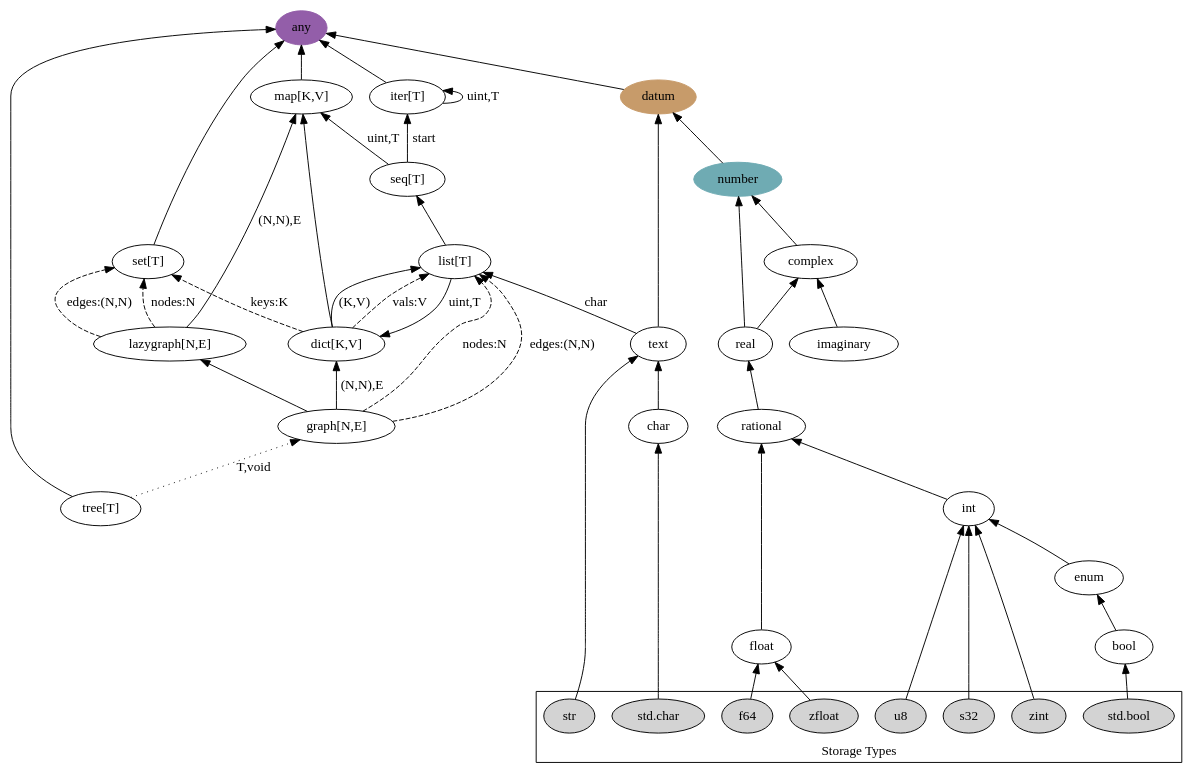
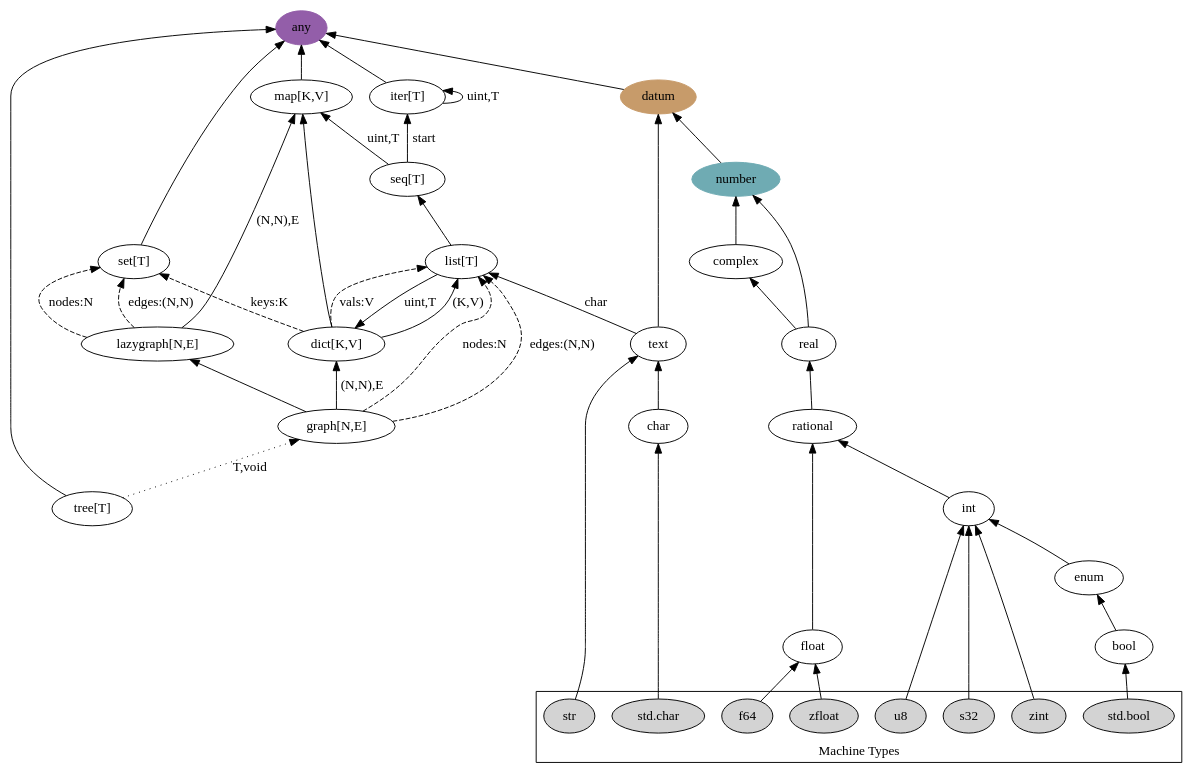
One commit to gcrois/gcrois.github.io changed the diagram in files/src/K0001/types_all.dot. Above: the diagram before and after it, drawn with Graphviz. The commit also changed 12 other files, not shown here.

```diff
--- a/files/src/K0001/types_all.dot
+++ b/files/src/K0001/types_all.dot
@@ -1,107 +1,105 @@
 digraph {
     #layout="fdp";
     rankdir="BT";
     #concentrate=true;
 
     ## NODES ##
 
     any [color="#935EA9",style="filled"];
     set [label="set[T]"];
     map [label="map[K,V]"];
     iter [label="iter[T]"];
     seq [label="seq[T]"];
     list [label="list[T]"];
     dict [label="dict[K,V]"];
     lazygraph [label="lazygraph[N,E]"];
     graph_ [label="graph[N,E]"];
     tree [label="tree[T]"];
 
     datum [color="#C79B6A", style="filled"];
     number [color="#6FABB3", style="filled"];
 
 
     ## EDGES ##
 
     set -> any;
 
     map -> any;
 
     iter -> any;
     iter -> iter [label="uint,T"];
 
     seq -> map [label="uint,T"];
     seq -> iter [label="start"];
 
     list -> seq;
     list -> dict [label="uint,T"];
 
     dict -> map;
     dict -> list [label="(K,V)"];
     dict -> list [style="dashed",label="vals:V"];
     dict -> set [style="dashed",label="keys:K"];
 
     lazygraph -> map [label="(N,N),E"];
     lazygraph -> set [style="dashed",label="nodes:N"];
     lazygraph -> set [style="dashed",label="edges:(N,N)"];
 
     graph_ -> lazygraph;
     graph_ -> dict [label="(N,N),E"];
     graph_ -> list [style="dashed",label="nodes:N"];
     graph_ -> list [style="dashed",label="edges:(N,N)"];
 
     tree -> any;
     tree -> graph_ [style="dotted",label="T,void"];
     #tree -> iter [style="dashed",label="dfs\nbfs"];
 
 
     datum -> any;
 
     number -> datum;
 
     complex -> number;
 
     real -> complex, number;
 
-    imaginary -> complex;
-
     rational -> real;
 
     int -> rational;
 
     float -> rational;
 
     enum -> int;
 
     bool -> enum;
 
     text -> datum;
     text -> list [label="char"];
     
     char -> text;
     
 
     ## TYPES
 
     subgraph cluster_1 {
-        label="Storage Types";
+        label="Machine Types";
 
         f64, zfloat [style="filled"];
         _char [label="std.char", style="filled"];
         _bool [label="std.bool", style="filled"];
         u8, s32, zint [style="filled"];
         str [style="filled"];
 
     }
 
     str -> text;
     zint -> int;
     s32 -> int;
     u8 -> int;
     f64 -> float;
     zfloat -> float;
     _bool -> bool;
     _char -> char;
 
 
 
 }
```
